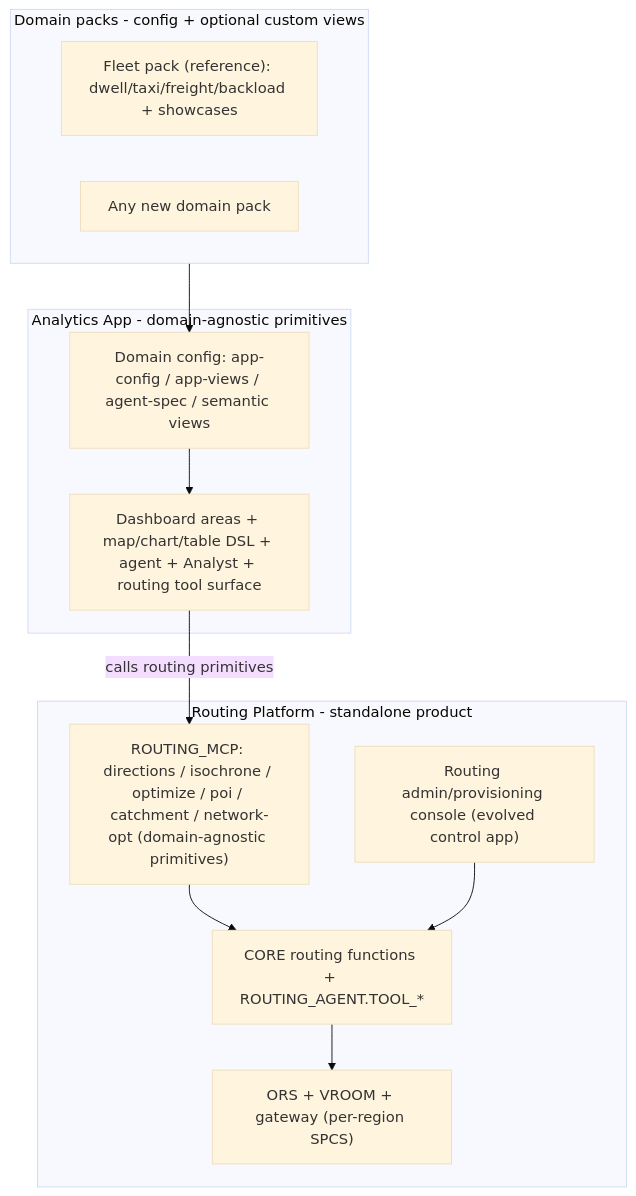
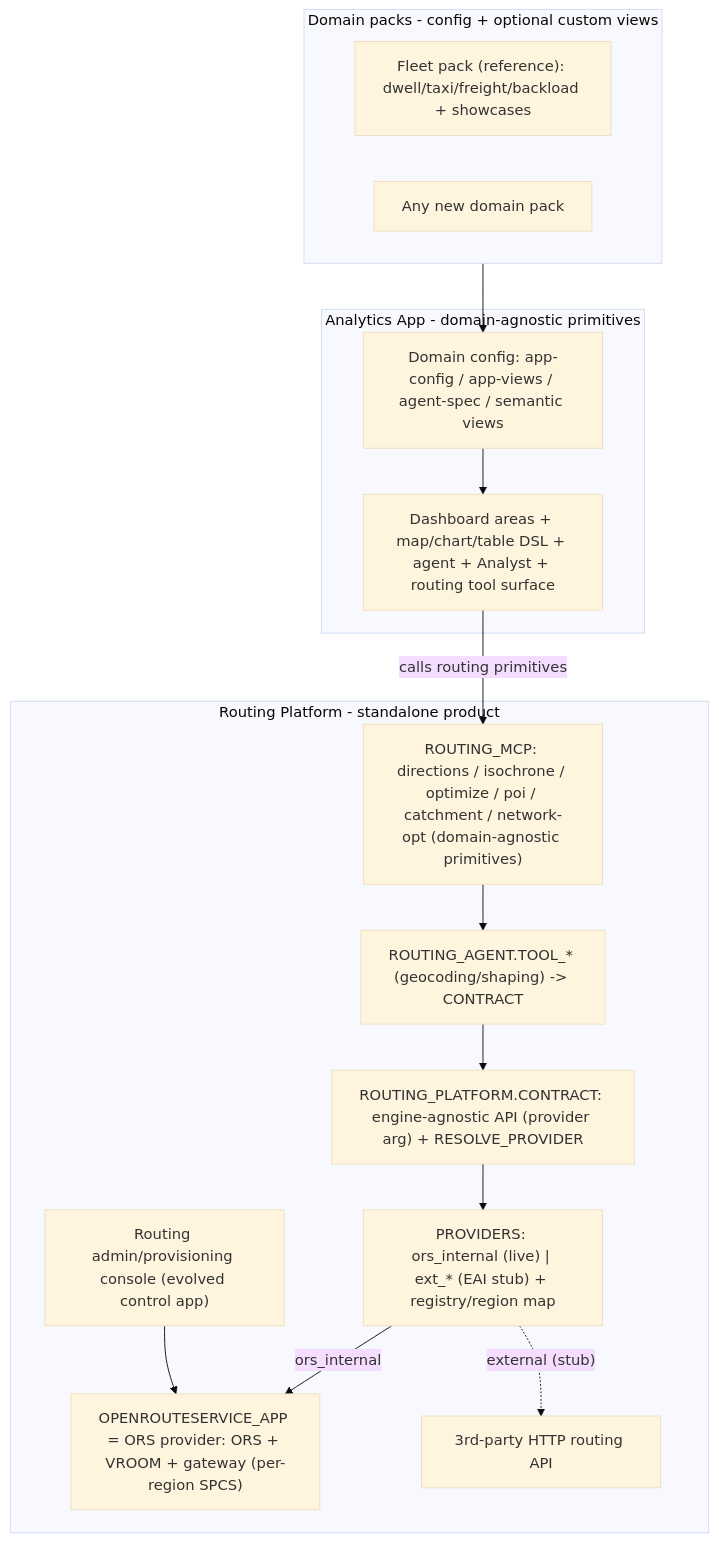
Before and after one commit to Snowflake-Labs/sfguide-create-a-route-optimisation-and-vehicle-route-plan-simulator: the diagram in .cortex/skills/build-routing-solution/fleet_sa_app/STEP4_PLAN.md, drawn with Mermaid (base theme). The commit also changed other lines of this file and 4 other files, not shown here.

First line of the commit message:
feat(routing): Step 4B.2 - engine-agnostic routing contract (ROUTING_PLATFORM)

````diff
--- a/.cortex/skills/build-routing-solution/fleet_sa_app/STEP4_PLAN.md
+++ b/.cortex/skills/build-routing-solution/fleet_sa_app/STEP4_PLAN.md
@@ -42,23 +42,26 @@
 ```mermaid
 flowchart TD
   subgraph routing [Routing Platform - standalone product]
-    ors["ORS + VROOM + gateway (per-region SPCS)"]
-    core["CORE routing functions + ROUTING_AGENT.TOOL_*"]
     rmcp["ROUTING_MCP: directions / isochrone / optimize / poi / catchment / network-opt (domain-agnostic primitives)"]
+    contract["ROUTING_PLATFORM.CONTRACT: engine-agnostic API (provider arg) + RESOLVE_PROVIDER"]
+    providers["PROVIDERS: ors_internal (live) | ext_* (EAI stub) + registry/region map"]
+    tools["ROUTING_AGENT.TOOL_* (geocoding/shaping) -> CONTRACT"]
     ctrl["Routing admin/provisioning console (evolved control app)"]
-    core --> ors
-    rmcp --> core
-    ctrl --> core
+    orseng["OPENROUTESERVICE_APP = ORS provider: ORS + VROOM + gateway (per-region SPCS)"]
+    rmcp --> tools --> contract --> providers
+    providers -->|"ors_internal"| orseng
+    providers -.->|"external (stub)"| extapi["3rd-party HTTP routing API"]
+    ctrl --> orseng
   end
   subgraph appcore [Analytics App - domain-agnostic primitives]
     prims["Dashboard areas + map/chart/table DSL + agent + Analyst + routing tool surface"]
     cfg["Domain config: app-config / app-views / agent-spec / semantic views"]
     cfg --> prims
   end
   subgraph packs [Domain packs - config + optional custom views]
     fleetpack["Fleet pack (reference): dwell/taxi/freight/backload + showcases"]
     otherpack["Any new domain pack"]
   end
   prims -->|"calls routing primitives"| rmcp
   packs --> cfg
 ```
````
